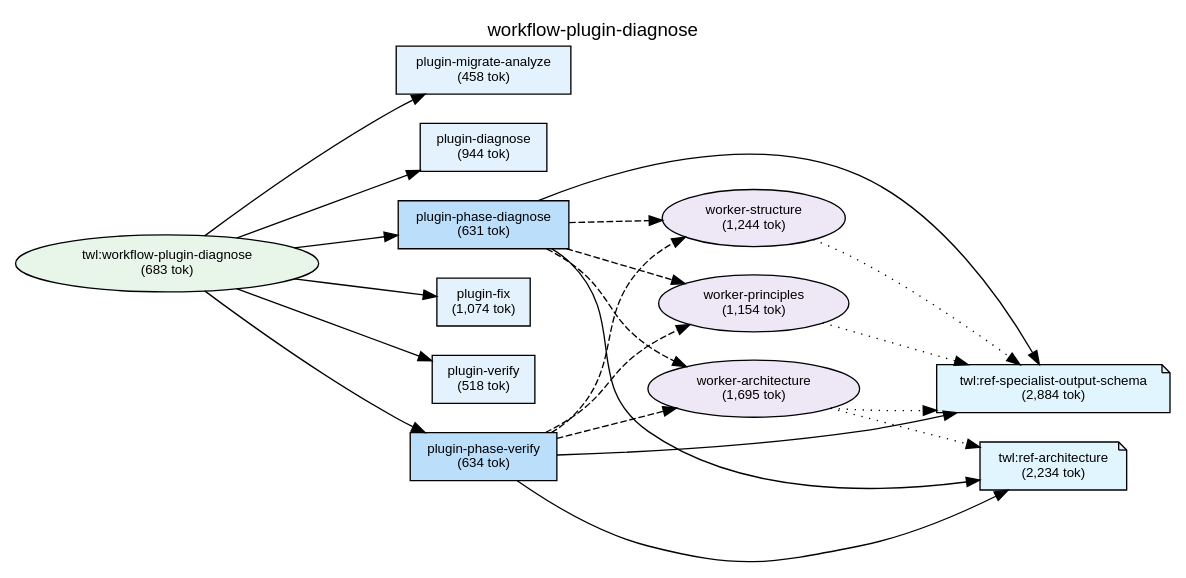
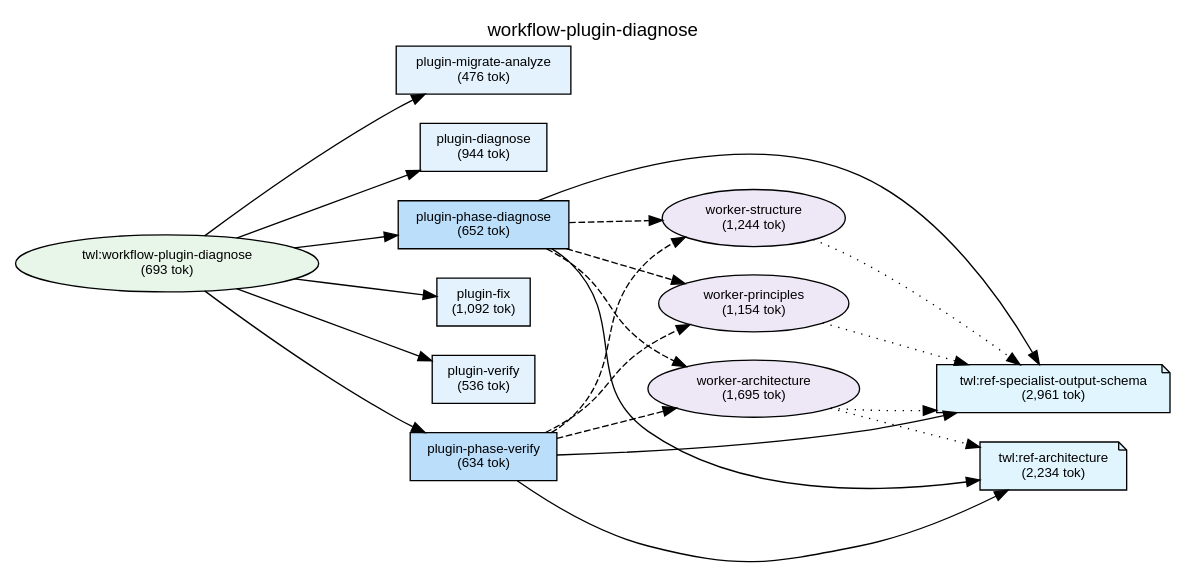
The diagram in plugins/twl/docs/deps-workflow-plugin-diagnose.dot (shuu5/twill), drawn with Graphviz before and after one commit. The commit also changed 43 other files, not shown here.

```diff
--- a/plugins/twl/docs/deps-workflow-plugin-diagnose.dot
+++ b/plugins/twl/docs/deps-workflow-plugin-diagnose.dot
@@ -1,88 +1,88 @@
 digraph Dependencies {
     // Graph settings
     rankdir=LR;
     ranksep=0.8;
     nodesep=0.3;
     fontname="Helvetica";
     node [fontname="Helvetica", fontsize=10];
     edge [fontname="Helvetica", fontsize=9];
     label="workflow-plugin-diagnose";
     labelloc=t;
     fontsize=14;
 
     // L0: Controller Skills
 
     // L0: Launchers
 
     // L0.5: Workflow Skills
-    skill_workflow_plugin_diagnose [label="twl:workflow-plugin-diagnose\n(683 tok)", shape=ellipse, style=filled, fillcolor="#e8f5e9"];
+    skill_workflow_plugin_diagnose [label="twl:workflow-plugin-diagnose\n(693 tok)", shape=ellipse, style=filled, fillcolor="#e8f5e9"];
 
     // Reference Skills
-    skill_ref_specialist_output_schema [label="twl:ref-specialist-output-schema\n(2,884 tok)", shape=note, style=filled, fillcolor="#e1f5fe"];
+    skill_ref_specialist_output_schema [label="twl:ref-specialist-output-schema\n(2,961 tok)", shape=note, style=filled, fillcolor="#e1f5fe"];
     skill_ref_architecture [label="twl:ref-architecture\n(2,234 tok)", shape=note, style=filled, fillcolor="#e1f5fe"];
 
     // L1: Direct Commands
-    cmd_plugin_migrate_analyze [label="plugin-migrate-analyze\n(458 tok)", shape=box, style=filled, fillcolor="#e3f2fd"];
+    cmd_plugin_migrate_analyze [label="plugin-migrate-analyze\n(476 tok)", shape=box, style=filled, fillcolor="#e3f2fd"];
     cmd_plugin_diagnose [label="plugin-diagnose\n(944 tok)", shape=box, style=filled, fillcolor="#e3f2fd"];
-    cmd_plugin_fix [label="plugin-fix\n(1,074 tok)", shape=box, style=filled, fillcolor="#e3f2fd"];
-    cmd_plugin_verify [label="plugin-verify\n(518 tok)", shape=box, style=filled, fillcolor="#e3f2fd"];
-    cmd_plugin_phase_diagnose [label="plugin-phase-diagnose\n(631 tok)", shape=box, style=filled, fillcolor="#bbdefb"];
+    cmd_plugin_fix [label="plugin-fix\n(1,092 tok)", shape=box, style=filled, fillcolor="#e3f2fd"];
+    cmd_plugin_verify [label="plugin-verify\n(536 tok)", shape=box, style=filled, fillcolor="#e3f2fd"];
+    cmd_plugin_phase_diagnose [label="plugin-phase-diagnose\n(652 tok)", shape=box, style=filled, fillcolor="#bbdefb"];
     cmd_plugin_phase_verify [label="plugin-phase-verify\n(634 tok)", shape=box, style=filled, fillcolor="#bbdefb"];
 
     // L2: Sub Commands
 
     // L3: Agents
     agent_worker_structure [label="worker-structure\n(1,244 tok)", shape=ellipse, style=filled, fillcolor="#ede7f6"];
     agent_worker_principles [label="worker-principles\n(1,154 tok)", shape=ellipse, style=filled, fillcolor="#ede7f6"];
     agent_worker_architecture [label="worker-architecture\n(1,695 tok)", shape=ellipse, style=filled, fillcolor="#ede7f6"];
 
     // L3.5: Scripts
 
     // L4: External
 
     // Layer constraints
     { rank=same; skill_workflow_plugin_diagnose; }
     { rank=same; skill_ref_specialist_output_schema; skill_ref_architecture; }
     { rank=same; cmd_plugin_migrate_analyze; cmd_plugin_diagnose; cmd_plugin_fix; cmd_plugin_verify; cmd_plugin_phase_diagnose; cmd_plugin_phase_verify; }
     { rank=same; agent_worker_structure; agent_worker_principles; agent_worker_architecture; }
 
     // Edges
     skill_workflow_plugin_diagnose -> cmd_plugin_migrate_analyze;
     skill_workflow_plugin_diagnose -> cmd_plugin_diagnose;
     skill_workflow_plugin_diagnose -> cmd_plugin_phase_diagnose;
     skill_workflow_plugin_diagnose -> cmd_plugin_fix;
     skill_workflow_plugin_diagnose -> cmd_plugin_verify;
     skill_workflow_plugin_diagnose -> cmd_plugin_phase_verify;
     cmd_plugin_phase_diagnose -> agent_worker_structure [style=dashed];
     cmd_plugin_phase_diagnose -> agent_worker_principles [style=dashed];
     cmd_plugin_phase_diagnose -> agent_worker_architecture [style=dashed];
     cmd_plugin_phase_diagnose -> skill_ref_specialist_output_schema;
     cmd_plugin_phase_diagnose -> skill_ref_architecture;
     cmd_plugin_phase_verify -> agent_worker_structure [style=dashed];
     cmd_plugin_phase_verify -> agent_worker_principles [style=dashed];
     cmd_plugin_phase_verify -> agent_worker_architecture [style=dashed];
     cmd_plugin_phase_verify -> skill_ref_specialist_output_schema;
     cmd_plugin_phase_verify -> skill_ref_architecture;
     agent_worker_structure -> skill_ref_specialist_output_schema [style=dotted];
     agent_worker_principles -> skill_ref_specialist_output_schema [style=dotted];
     agent_worker_architecture -> skill_ref_specialist_output_schema [style=dotted];
     agent_worker_architecture -> skill_ref_architecture [style=dotted];
 
     // Ordering constraints (invisible edges)
     cmd_plugin_migrate_analyze -> cmd_plugin_diagnose [style=invis, weight=10];
     cmd_plugin_diagnose -> cmd_plugin_phase_diagnose [style=invis, weight=10];
     cmd_plugin_phase_diagnose -> cmd_plugin_fix [style=invis, weight=10];
     cmd_plugin_fix -> cmd_plugin_verify [style=invis, weight=10];
     cmd_plugin_verify -> cmd_plugin_phase_verify [style=invis, weight=10];
     agent_worker_structure -> agent_worker_principles [style=invis, weight=10];
     agent_worker_principles -> agent_worker_architecture [style=invis, weight=10];
     agent_worker_architecture -> skill_ref_specialist_output_schema [style=invis, weight=10];
     skill_ref_specialist_output_schema -> skill_ref_architecture [style=invis, weight=10];
     agent_worker_structure -> agent_worker_principles [style=invis, weight=10];
     agent_worker_principles -> agent_worker_architecture [style=invis, weight=10];
     agent_worker_architecture -> skill_ref_specialist_output_schema [style=invis, weight=10];
     skill_ref_specialist_output_schema -> skill_ref_architecture [style=invis, weight=10];
     agent_worker_structure -> agent_worker_principles [style=invis, weight=10];
     agent_worker_structure -> agent_worker_principles [style=invis, weight=10];
 
 }
```
